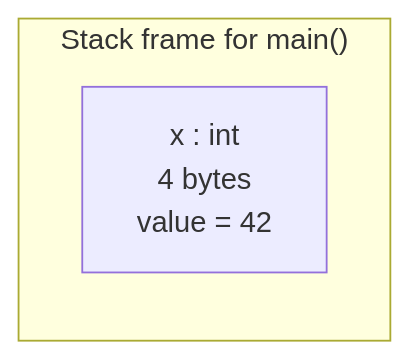
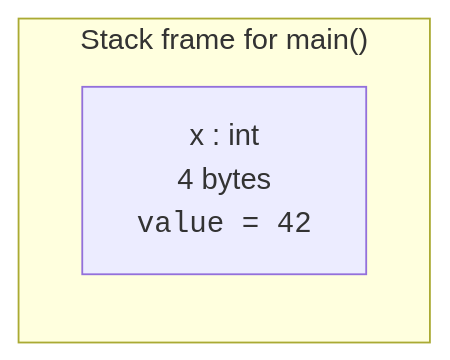
Before and after one commit to dataslope/dataslope: the first of 4 diagrams in content/learn/from-zero-to-cpp/variables-and-memory.mdx, drawn with Mermaid. The commit also changed other lines of this file and 100 other files, not shown here.

First line of the commit message:
Wrap more code in diagram labels: filenames, hex, assignments, subgraph titles

````diff
--- a/content/learn/from-zero-to-cpp/variables-and-memory.mdx
+++ b/content/learn/from-zero-to-cpp/variables-and-memory.mdx
@@ -20,6 +20,6 @@
 ```mermaid
 flowchart LR
     subgraph "Stack frame for main()"
-        X["x : int<br/>4 bytes<br/>value = 42"]
+        X["x : int<br/>4 bytes<br/><code>value = 42</code>"]
     end
 ```
````
